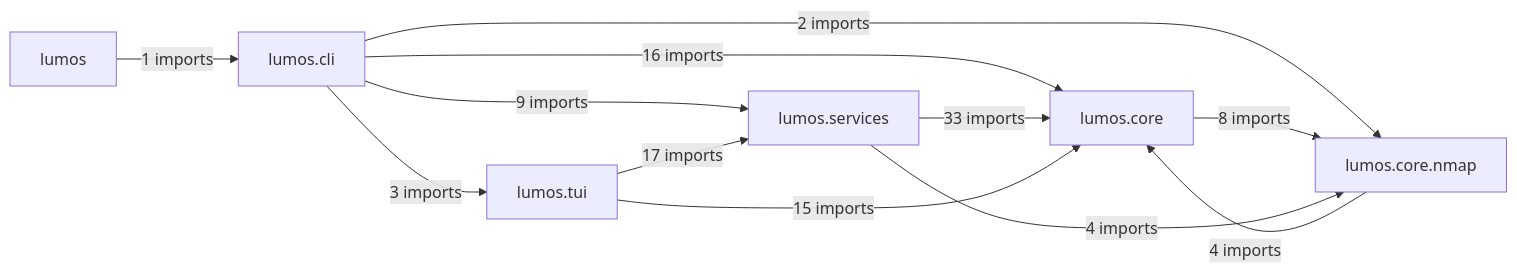
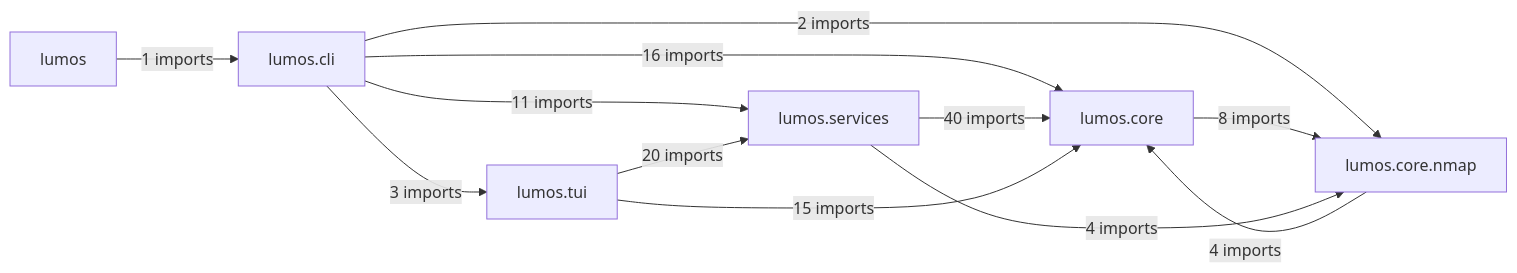
The diagram in docs/architecture/modules.md (lko47/lumos), drawn with Mermaid before and after one commit. The commit also changed other lines of this file and 11 other files, not shown here.

````diff
--- a/docs/architecture/modules.md
+++ b/docs/architecture/modules.md
@@ -7,20 +7,20 @@
 ```mermaid
 flowchart LR
     P0["lumos"]
     P1["lumos.cli"]
     P2["lumos.core"]
     P3["lumos.core.nmap"]
     P4["lumos.services"]
     P5["lumos.tui"]
     P0 -->|"1 imports"| P1
     P1 -->|"16 imports"| P2
     P1 -->|"2 imports"| P3
-    P1 -->|"9 imports"| P4
+    P1 -->|"11 imports"| P4
     P1 -->|"3 imports"| P5
     P2 -->|"8 imports"| P3
     P3 -->|"4 imports"| P2
-    P4 -->|"33 imports"| P2
+    P4 -->|"40 imports"| P2
     P4 -->|"4 imports"| P3
     P5 -->|"15 imports"| P2
-    P5 -->|"17 imports"| P4
+    P5 -->|"20 imports"| P4
 ```
````
